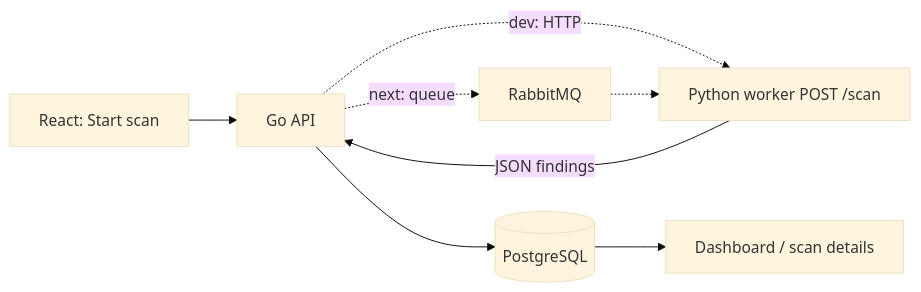
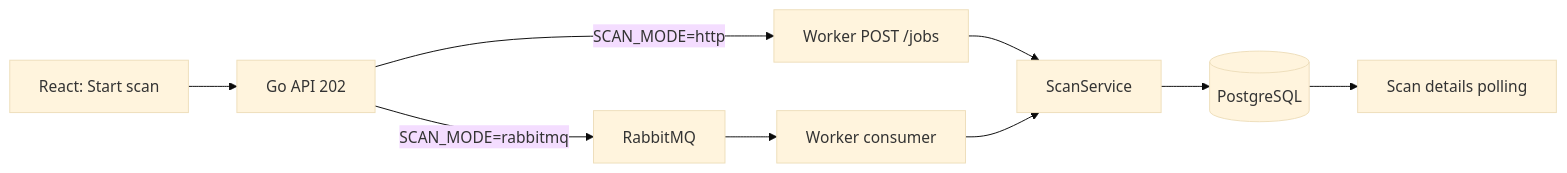
One commit to ChakerYaakoub/CyberWatch changed the third of 4 diagrams in README.md. Above: the diagram before and after it, drawn with Mermaid (base theme). The commit also changed other lines of this file and 36 other files, not shown here.

Commit message:
feat: add async scan pipeline with HTTP/RabbitMQ dual mode

````diff
--- a/README.md
+++ b/README.md
@@ -120,10 +119,11 @@
 ```mermaid
 flowchart LR
-  FE[React: Start scan] --> API[Go API]
-  API -.->|dev: HTTP| W[Python worker POST /scan]
-  API -.->|next: queue| MQ[RabbitMQ]
-  MQ -.-> W
-  W -->|JSON findings| API
-  API --> DB[(PostgreSQL)]
-  DB --> FE2[Dashboard / scan details]
+  FE[React: Start scan] --> API[Go API 202]
+  API -->|SCAN_MODE=http| W1[Worker POST /jobs]
+  API -->|SCAN_MODE=rabbitmq| MQ[RabbitMQ]
+  MQ --> W2[Worker consumer]
+  W1 --> SVC[ScanService]
+  W2 --> SVC
+  SVC --> DB[(PostgreSQL)]
+  DB --> FE2[Scan details polling]
 ```
````
